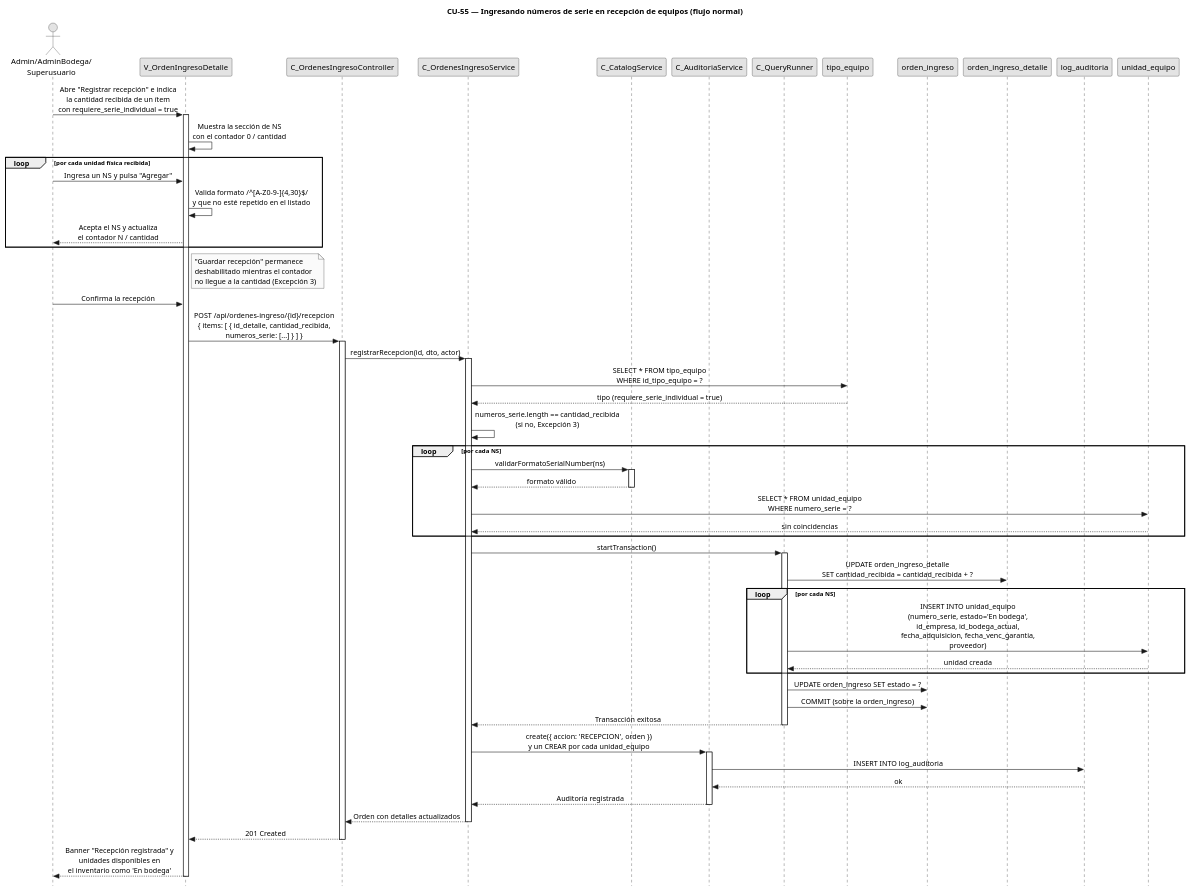
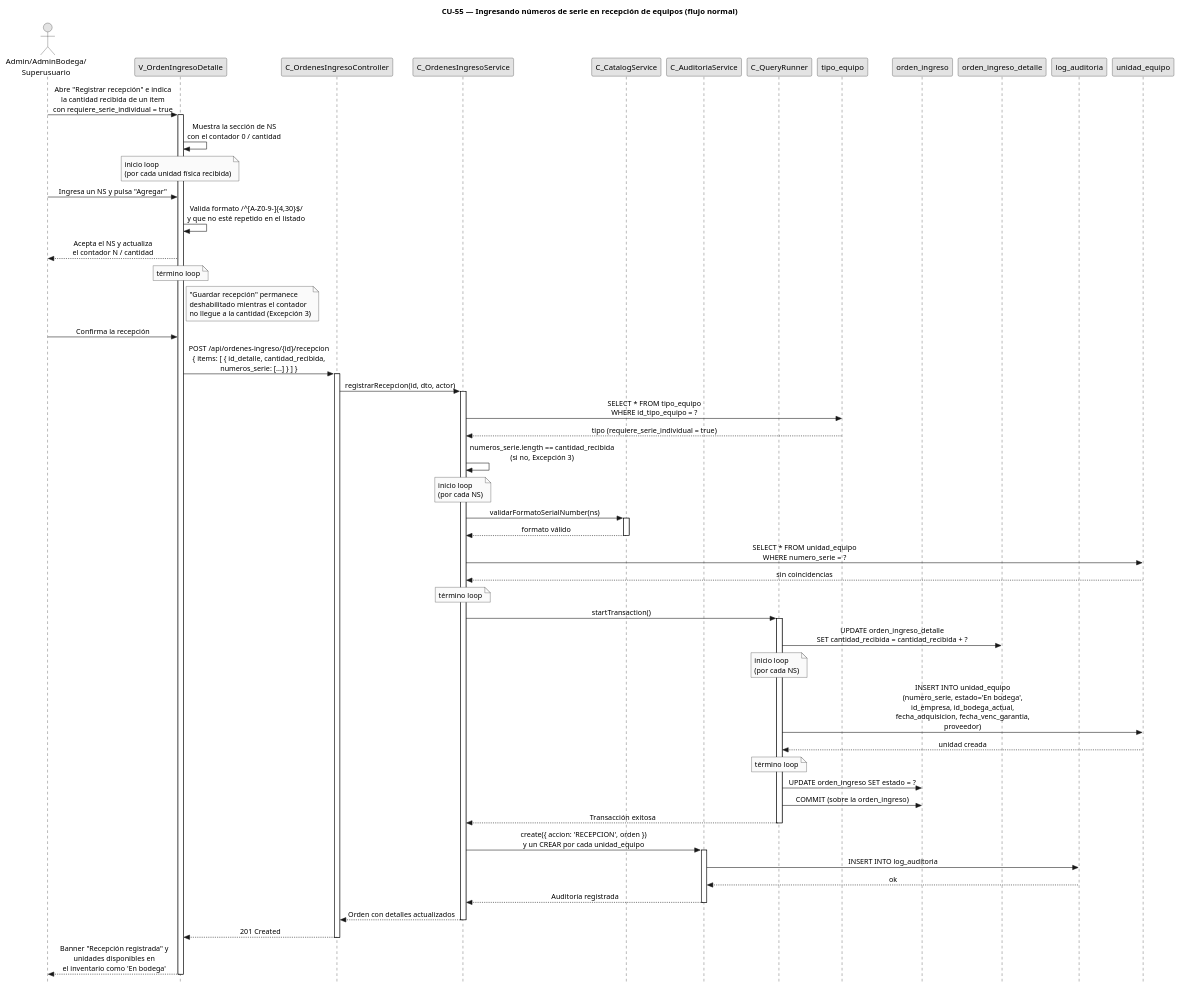
Before and after one commit to FSM-Finet-y-Cable-Magico/Team_1-Inventario-y-Bodega: the diagram in diagramas/diagramas-secuencia/CU55/CU55-normal.puml, drawn with PlantUML. The commit also changed 21 other files, not shown here.

First line of the commit message:
docs(diagramas): retornos trazables en CU-54/57 y loops sin rectángulo (notas inicio/término)

```diff
--- a/diagramas/diagramas-secuencia/CU55/CU55-normal.puml
+++ b/diagramas/diagramas-secuencia/CU55/CU55-normal.puml
@@ -1,108 +1,108 @@
 @startuml CU55-NumerosSerieRecepcion-Normal
 title CU-55 — Ingresando números de serie en recepción de equipos (flujo normal)
 
 skinparam style strictuml
 skinparam monochrome true
 skinparam shadowing false
 skinparam sequenceMessageAlign center
 <style>
 sequenceDiagram {
   participant {
     margin 35
   }
   actor {
     margin 15
   }
 }
 </style>
 skinparam sequence {
   MessageAlign center
   LifeLineBorderColor black
 }
 hide footbox
 
 actor "Admin/AdminBodega/\nSuperusuario" as user
 participant "V_OrdenIngresoDetalle" as view
 participant "C_OrdenesIngresoController" as ctrl
 participant "C_OrdenesIngresoService" as svc
 participant "C_CatalogService" as cat
 participant "C_AuditoriaService" as aud
 participant "C_QueryRunner" as qr
 participant "tipo_equipo" as tent
 participant "orden_ingreso" as oing
 participant "orden_ingreso_detalle" as odet
 participant "log_auditoria" as aent
 participant "unidad_equipo" as uent
 
 user -> view : Abre "Registrar recepción" e indica\nla cantidad recibida de un ítem\ncon requiere_serie_individual = true
 activate view
 
 view -> view : Muestra la sección de NS\ncon el contador 0 / cantidad
 
-loop por cada unidad física recibida
+note over view : inicio loop\n(por cada unidad física recibida)
   user -> view : Ingresa un NS y pulsa "Agregar"
   view -> view : Valida formato /^[A-Z0-9-]{4,30}$/\ny que no esté repetido en el listado
   view --> user : Acepta el NS y actualiza\nel contador N / cantidad
-end
+note over view : término loop
 
 note right of view
   "Guardar recepción" permanece
   deshabilitado mientras el contador
   no llegue a la cantidad (Excepción 3)
 end note
 
 user -> view : Confirma la recepción
 
 view -> ctrl : POST /api/ordenes-ingreso/{id}/recepcion\n{ items: [ { id_detalle, cantidad_recibida,\nnumeros_serie: [...] } ] }
 activate ctrl
 
 ctrl -> svc : registrarRecepcion(id, dto, actor)
 activate svc
 
 svc -> tent : SELECT * FROM tipo_equipo\nWHERE id_tipo_equipo = ?
 tent --> svc : tipo (requiere_serie_individual = true)
 
 svc -> svc : numeros_serie.length == cantidad_recibida\n(si no, Excepción 3)
 
-loop por cada NS
+note over svc : inicio loop\n(por cada NS)
   svc -> cat : validarFormatoSerialNumber(ns)
   activate cat
   cat --> svc : formato válido
   deactivate cat
 
   svc -> uent : SELECT * FROM unidad_equipo\nWHERE numero_serie = ?
   uent --> svc : sin coincidencias
-end
+note over svc : término loop
 
 svc -> qr : startTransaction()
 activate qr
 
 qr -> odet : UPDATE orden_ingreso_detalle\nSET cantidad_recibida = cantidad_recibida + ?
 
-loop por cada NS
+note over qr : inicio loop\n(por cada NS)
   qr -> uent : INSERT INTO unidad_equipo\n(numero_serie, estado='En bodega',\nid_empresa, id_bodega_actual,\nfecha_adquisicion, fecha_venc_garantia,\nproveedor)
   uent --> qr : unidad creada
-end
+note over qr : término loop
 
 qr -> oing : UPDATE orden_ingreso SET estado = ?
 qr -> oing :COMMIT (sobre la orden_ingreso)
 qr --> svc : Transacción exitosa
 deactivate qr
 
 svc -> aud : create({ accion: 'RECEPCION', orden })\ny un CREAR por cada unidad_equipo
 activate aud
 aud -> aent : INSERT INTO log_auditoria
 aent --> aud : ok
 aud --> svc : Auditoría registrada
 deactivate aud
 
 svc --> ctrl : Orden con detalles actualizados
 deactivate svc
 
 ctrl --> view : 201 Created
 deactivate ctrl
 
 view --> user : Banner "Recepción registrada" y\nunidades disponibles en\nel inventario como 'En bodega'
 deactivate view
 
 @enduml
```
